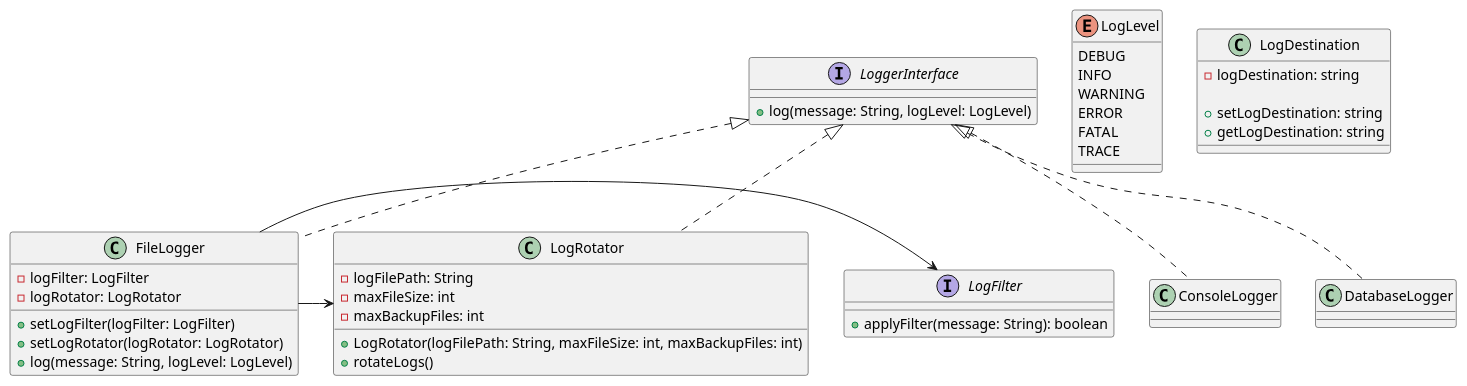
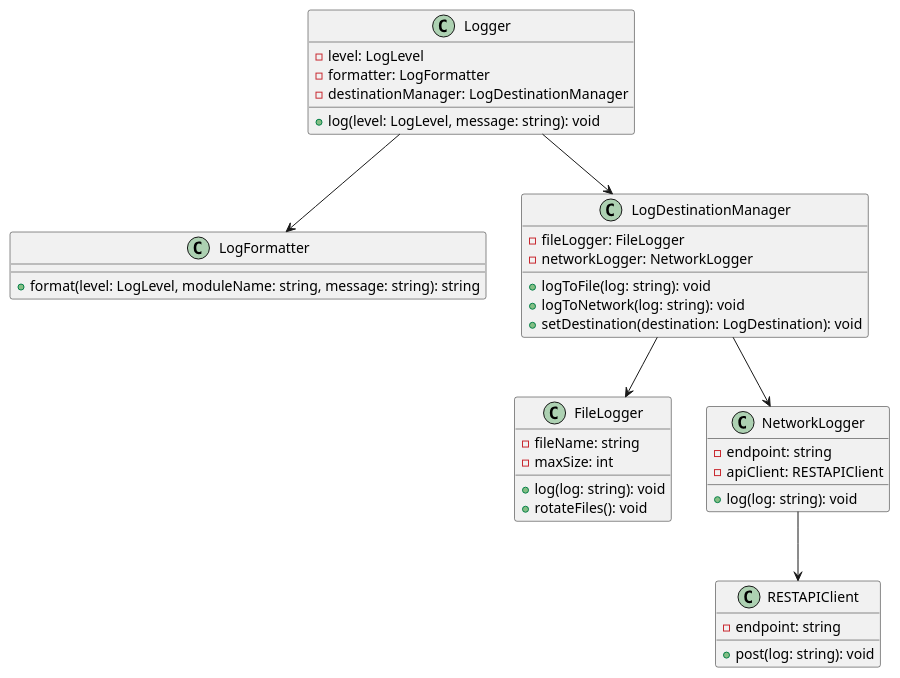
Before and after one commit to Marcin279/logger_library: the diagram in docs/diagrams/interface.plantuml, drawn with PlantUML. The commit also changed other lines of this file and 13 other files, not shown here.

Commit message:
LogLevel message builder

```diff
--- a/docs/diagrams/interface.plantuml
+++ b/docs/diagrams/interface.plantuml
@@ -3,53 +1,45 @@
 @startuml
-
-interface LoggerInterface {
-    +log(message: String, logLevel: LogLevel)
+class Logger {
+  - level: LogLevel
+  - formatter: LogFormatter
+  - destinationManager: LogDestinationManager
+  + log(level: LogLevel, message: string): void
 }
 
-enum LogLevel {
-    DEBUG
-    INFO
-    WARNING
-    ERROR
-    FATAL
-    TRACE
+class LogFormatter {
+  + format(level: LogLevel, moduleName: string, message: string): string
 }
 
-interface LogFilter {
-    +applyFilter(message: String): boolean
+class LogDestinationManager {
+  - fileLogger: FileLogger
+  - networkLogger: NetworkLogger
+  + logToFile(log: string): void
+  + logToNetwork(log: string): void
+  + setDestination(destination: LogDestination): void
 }
 
 class FileLogger {
-    -logFilter: LogFilter
-    -logRotator: LogRotator
-
-    +setLogFilter(logFilter: LogFilter)
-    +setLogRotator(logRotator: LogRotator)
-    +log(message: String, logLevel: LogLevel)
+  - fileName: string
+  - maxSize: int
+  + log(log: string): void
+  + rotateFiles(): void
 }
 
-class LogDestination {
-    - logDestination: string
-
-    + setLogDestination: string
-    + getLogDestination: string
+class NetworkLogger {
+  - endpoint: string
+  - apiClient: RESTAPIClient
+  + log(log: string): void
 }
 
-class LogRotator {
-    -logFilePath: String
-    -maxFileSize: int
-    -maxBackupFiles: int
-
-    +LogRotator(logFilePath: String, maxFileSize: int, maxBackupFiles: int)
-    +rotateLogs()
+class RESTAPIClient {
+  - endpoint: string
+  + post(log: string): void
 }
 
-LoggerInterface <|.. FileLogger
-LoggerInterface <|.. ConsoleLogger
-LoggerInterface <|.. DatabaseLogger
-LoggerInterface <|.. LogRotator
-
-FileLogger -right-> LogFilter
-FileLogger -right-> LogRotator
+Logger --> LogFormatter
+Logger --> LogDestinationManager
+LogDestinationManager --> FileLogger
+LogDestinationManager --> NetworkLogger
+NetworkLogger --> RESTAPIClient
 
 @enduml
```
